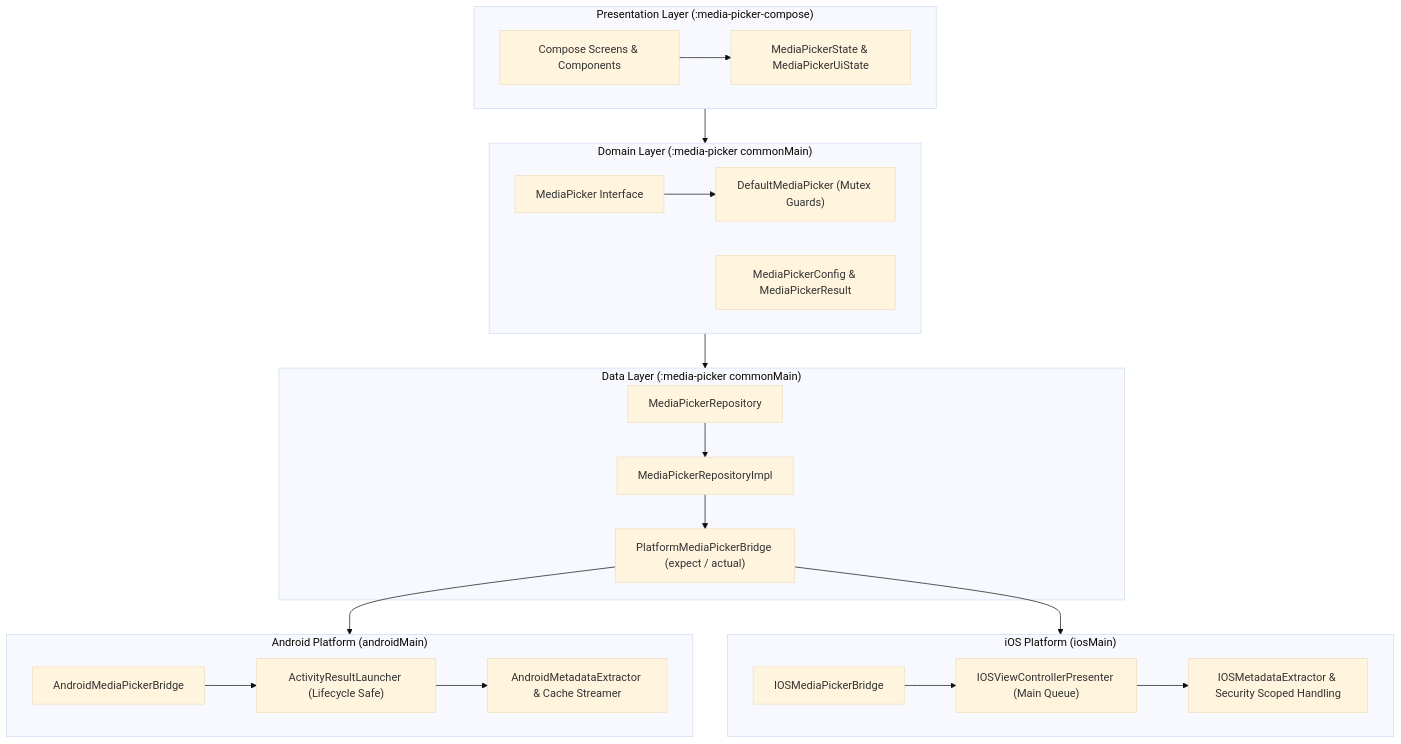
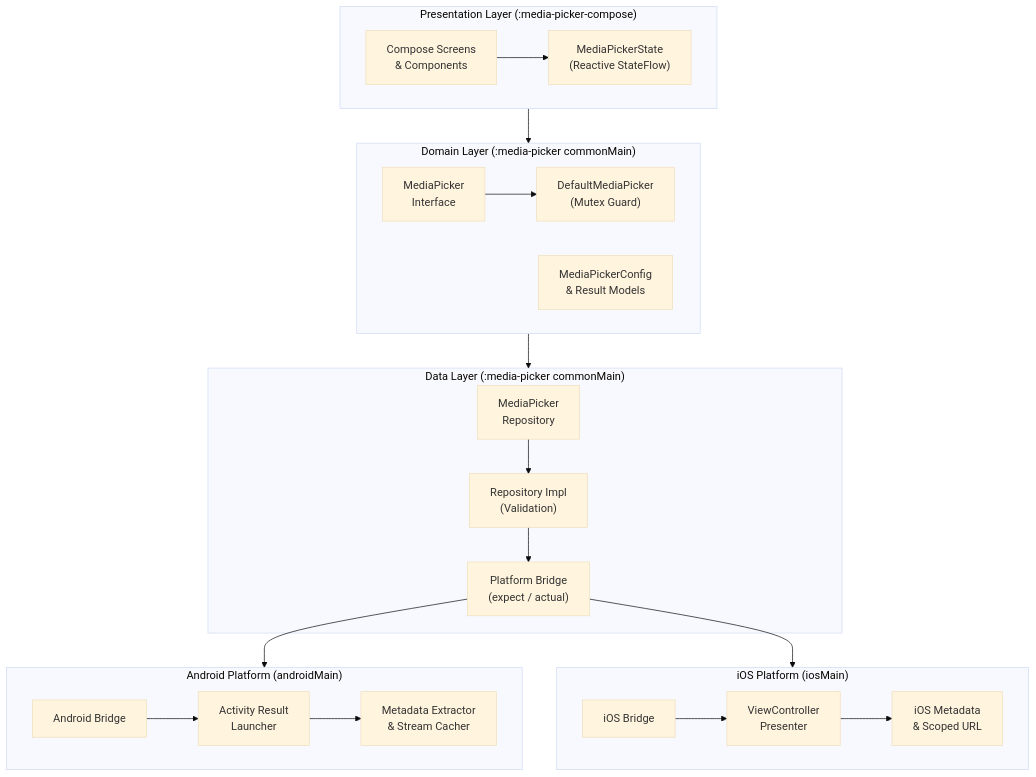
The diagram in docs/ARCHITECTURE.md (gargpadmakar/MediaPickerKMP), drawn with Mermaid (base theme) before and after one commit. The commit also changed 1 other file, not shown here.

Commit message:
docs: fix Mermaid diagram text clipping by formatting node labels with multiline breaks

````diff
--- a/docs/ARCHITECTURE.md
+++ b/docs/ARCHITECTURE.md
@@ -7,44 +7,44 @@
 ```mermaid
 flowchart TD
     subgraph Presentation["Presentation Layer (:media-picker-compose)"]
-        UI["Compose Screens & Components"]
-        State["MediaPickerState & MediaPickerUiState"]
+        UI["Compose Screens<br/>& Components"]
+        State["MediaPickerState<br/>(Reactive StateFlow)"]
         UI --> State
     end
 
     subgraph Domain["Domain Layer (:media-picker commonMain)"]
-        Interface["MediaPicker Interface"]
-        Default["DefaultMediaPicker (Mutex Guards)"]
-        Config["MediaPickerConfig & MediaPickerResult"]
+        Interface["MediaPicker<br/>Interface"]
+        Default["DefaultMediaPicker<br/>(Mutex Guard)"]
+        Config["MediaPickerConfig<br/>& Result Models"]
         Interface --> Default
     end
 
     subgraph Data["Data Layer (:media-picker commonMain)"]
-        Repo["MediaPickerRepository"]
-        RepoImpl["MediaPickerRepositoryImpl"]
-        Bridge["PlatformMediaPickerBridge (expect / actual)"]
+        Repo["MediaPicker<br/>Repository"]
+        RepoImpl["Repository Impl<br/>(Validation)"]
+        Bridge["Platform Bridge<br/>(expect / actual)"]
         Repo --> RepoImpl
         RepoImpl --> Bridge
     end
 
     subgraph Android["Android Platform (androidMain)"]
-        ABridge["AndroidMediaPickerBridge"]
-        ALauncher["ActivityResultLauncher (Lifecycle Safe)"]
-        AExtractor["AndroidMetadataExtractor & Cache Streamer"]
+        ABridge["Android Bridge"]
+        ALauncher["Activity Result<br/>Launcher"]
+        AExtractor["Metadata Extractor<br/>& Stream Cacher"]
         ABridge --> ALauncher
         ALauncher --> AExtractor
     end
 
     subgraph IOS["iOS Platform (iosMain)"]
-        IBridge["IOSMediaPickerBridge"]
-        IPresenter["IOSViewControllerPresenter (Main Queue)"]
-        IExtractor["IOSMetadataExtractor & Security Scoped Handling"]
+        IBridge["iOS Bridge"]
+        IPresenter["ViewController<br/>Presenter"]
+        IExtractor["iOS Metadata<br/>& Scoped URL"]
         IBridge --> IPresenter
         IPresenter --> IExtractor
     end
 
     Presentation --> Domain
     Domain --> Data
     Bridge --> Android
     Bridge --> IOS
 ```
````
